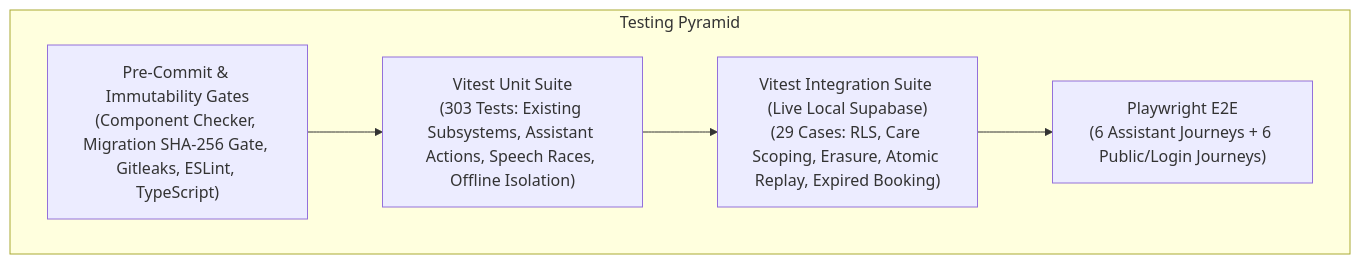
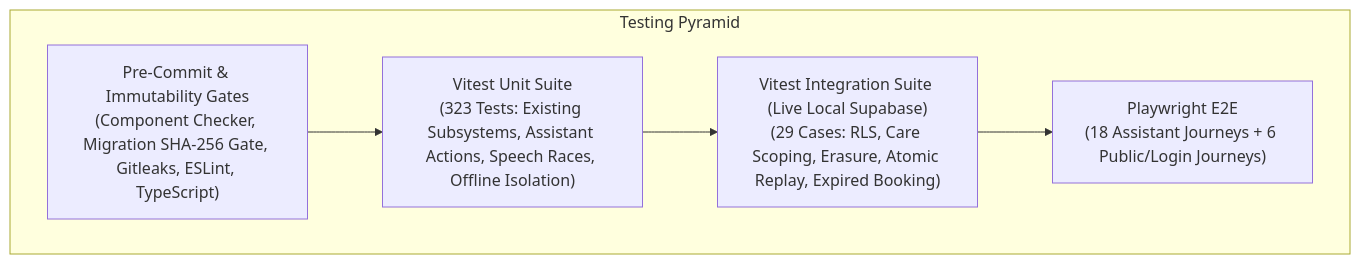
One commit to Arnavshukla09/RURAL-HEALTHCARE-PLATFORM changed the diagram in docs/TESTING.md. Above: the diagram before and after it, drawn with Mermaid. The commit also changed other lines of this file and 99 other files, not shown here.

````diff
--- a/docs/TESTING.md
+++ b/docs/TESTING.md
@@ -11,13 +13,13 @@
 ```mermaid
 flowchart TD
     subgraph TestingPyramid["Testing Pyramid"]
-        E2E["Playwright E2E\n(6 Assistant Journeys + 6 Public/Login Journeys)"]
+        E2E["Playwright E2E\n(18 Assistant Journeys + 6 Public/Login Journeys)"]
         Integration["Vitest Integration Suite (Live Local Supabase)\n(29 Cases: RLS, Care Scoping, Erasure, Atomic Replay, Expired Booking)"]
-        Unit["Vitest Unit Suite\n(303 Tests: Existing Subsystems, Assistant Actions, Speech Races, Offline Isolation)"]
+        Unit["Vitest Unit Suite\n(323 Tests: Existing Subsystems, Assistant Actions, Speech Races, Offline Isolation)"]
         Static["Pre-Commit & Immutability Gates\n(Component Checker, Migration SHA-256 Gate, Gitleaks, ESLint, TypeScript)"]
     end
 
     Static --> Unit
     Unit --> Integration
     Integration --> E2E
 ```
````
